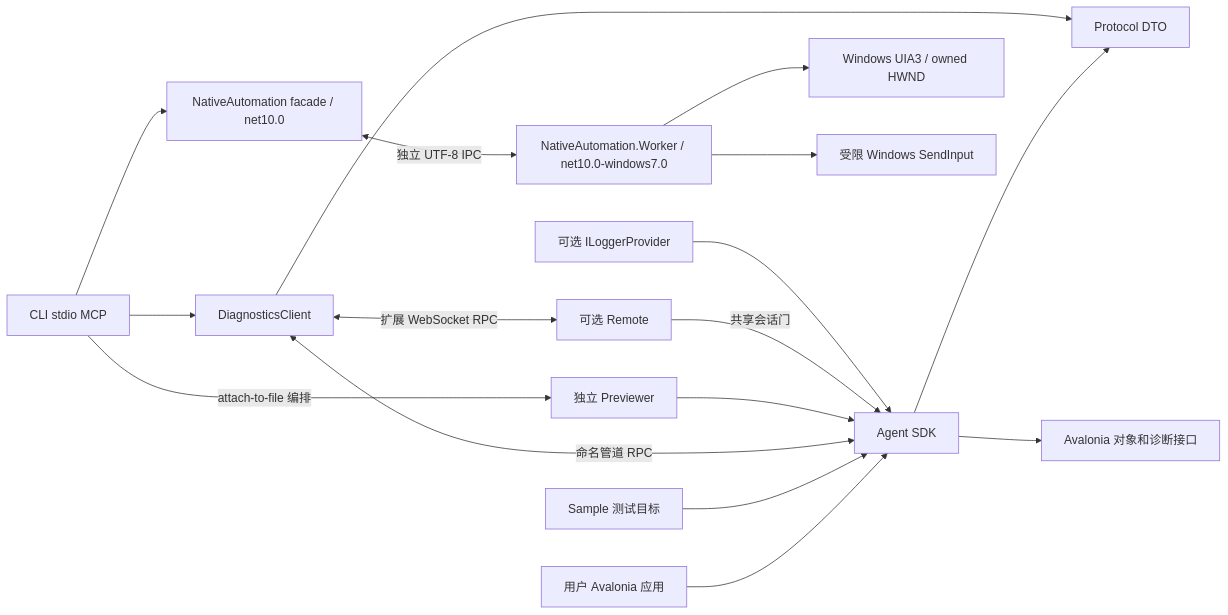
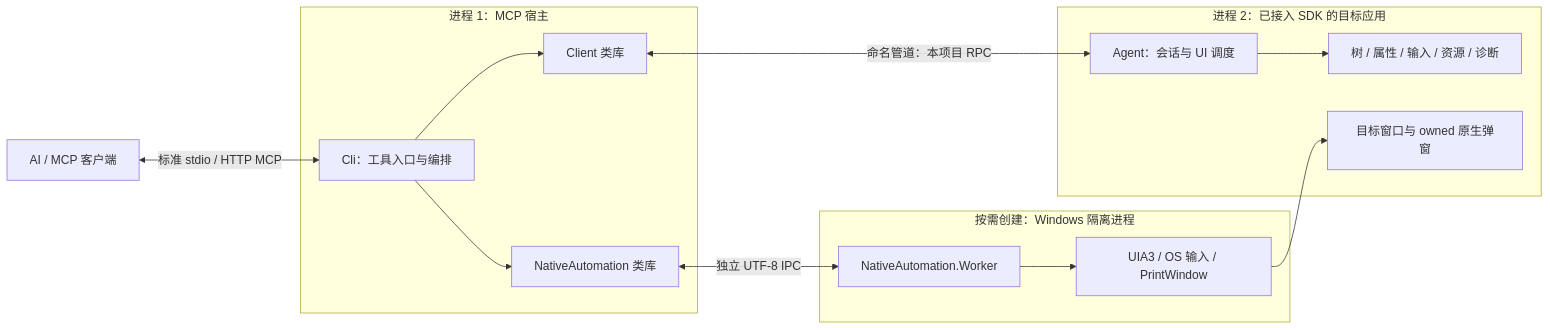
Before and after one commit to doomclouds/AvaloniaDevTool: the first of 7 diagrams in docs/architecture.md, drawn with Mermaid. The commit also changed other lines of this file and 566 other files, not shown here.

First line of the commit message:
feat: add LAN MCP hosting and reorganize diagnostics

````diff
--- a/docs/architecture.md
+++ b/docs/architecture.md
@@ -7,19 +32,26 @@
 ```mermaid
 flowchart LR
-    Consumer[用户 Avalonia 应用] --> Agent[Agent SDK]
-    Sample[Sample 测试目标] --> Agent
-    MCP[CLI stdio MCP] --> Client[DiagnosticsClient]
-    MCP --> Native[NativeAutomation facade / net10.0]
-    Native <-->|独立 UTF-8 IPC| Worker[NativeAutomation.Worker / net10.0-windows7.0]
-    Worker --> UIA[Windows UIA3 / owned HWND]
-    Worker --> Input[受限 Windows SendInput]
-    Client <-->|命名管道 RPC| Agent
-    MCP -->|attach-to-file 编排| Previewer[独立 Previewer]
-    Previewer --> Agent
-    Client <-->|扩展 WebSocket RPC| Remote[可选 Remote]
-    Remote -->|共享会话门| Agent
-    Logging[可选 ILoggerProvider] --> Agent
-    Agent --> Protocol[Protocol DTO]
-    Client --> Protocol
-    Agent --> Avalonia[Avalonia 对象和诊断接口]
+    Consumer["AI / MCP 客户端"]
+    subgraph McpProcess["进程 1：MCP 宿主"]
+        Cli["Cli：工具入口与编排"]
+        Client["Client 类库"]
+        Native["NativeAutomation 类库"]
+        Cli --> Client
+        Cli --> Native
+    end
+    subgraph AppProcess["进程 2：已接入 SDK 的目标应用"]
+        Agent["Agent：会话与 UI 调度"]
+        Features["树 / 属性 / 输入 / 资源 / 诊断"]
+        Windows["目标窗口与 owned 原生弹窗"]
+        Agent --> Features
+    end
+    subgraph WorkerProcess["按需创建：Windows 隔离进程"]
+        Worker["NativeAutomation.Worker"]
+        OS["UIA3 / OS 输入 / PrintWindow"]
+        Worker --> OS
+    end
+    Consumer <-->|"标准 stdio / HTTP MCP"| Cli
+    Client <-->|"命名管道：本项目 RPC"| Agent
+    Native <-->|"独立 UTF-8 IPC"| Worker
+    OS --> Windows
 ```
````
